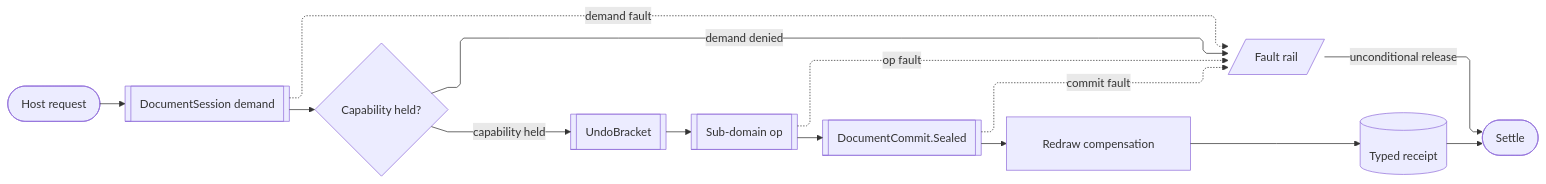
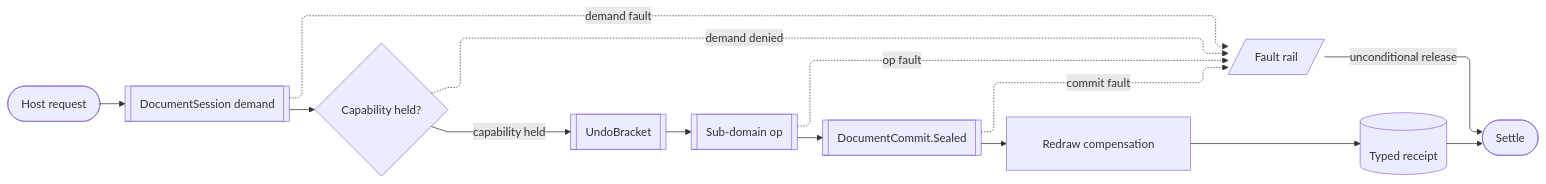
The third of 3 diagrams in libs/csharp/Rasm.Rhino/ARCHITECTURE.md (bsamiee/Rasm), drawn with Mermaid before and after one commit. The commit also changed other lines of this file and 115 other files, not shown here.

````diff
--- a/libs/csharp/Rasm.Rhino/ARCHITECTURE.md
+++ b/libs/csharp/Rasm.Rhino/ARCHITECTURE.md
@@ -236,25 +257,25 @@
 ```mermaid
 ---
 config:
   layout: elk
   flowchart:
     curve: linear
     padding: 25
 ---
 flowchart LR
     accTitle: Rasm.Rhino host-mutation spine
-    accDescr: The once-walked host mutation path from a request through the document-session demand and a capability gate into the UndoBracket, the sub-domain executor, and the sealing commit, with every stage fault converging on one fault rail that still releases the bracket.
+    accDescr: Which gate, bracket, and sealing owners one host mutation crosses, and the one releasing rail every fault converges on.
     Request([Host request]) e1@--> Session[[DocumentSession demand]]
     Session e2@--> Ready{Capability held?}
     Ready e3@-->|"capability held"| Bracket[[UndoBracket]]
-    Ready f1@-->|"demand denied"| Fault[/Fault rail/]
     Bracket e4@--> Executor[[Sub-domain op]]
     Executor e5@--> Commit[[DocumentCommit.Sealed]]
     Commit e6@--> Redraw[Redraw compensation]
     Redraw e7@--> Ledger[(Typed receipt)]
     Ledger e8@--> Settle([Settle])
+    Ready f1@-.->|"demand denied"| Fault[/Fault rail/]
     Session f2@-.->|"demand fault"| Fault
     Executor f3@-.->|"op fault"| Fault
     Commit f4@-.->|"commit fault"| Fault
     Fault f5@-->|"unconditional release"| Settle
 ```
````
